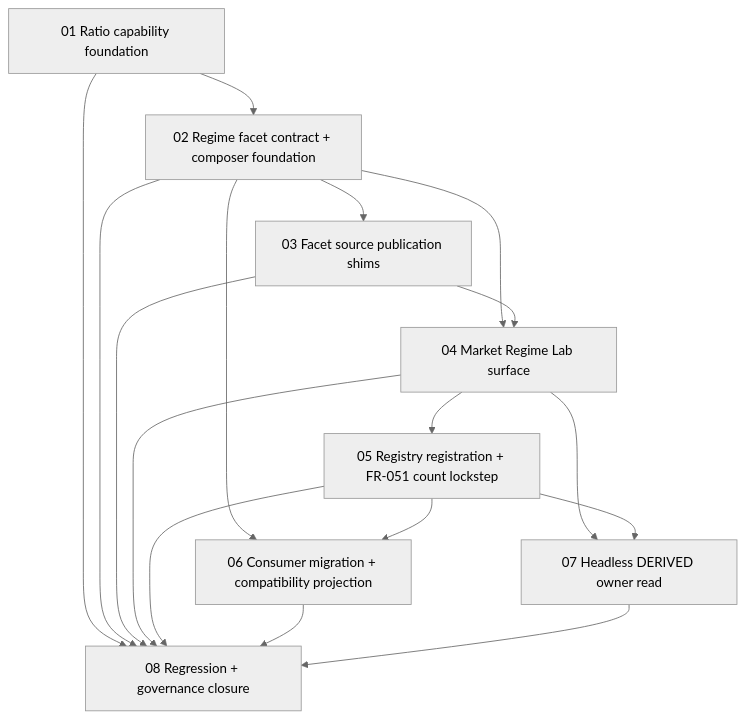
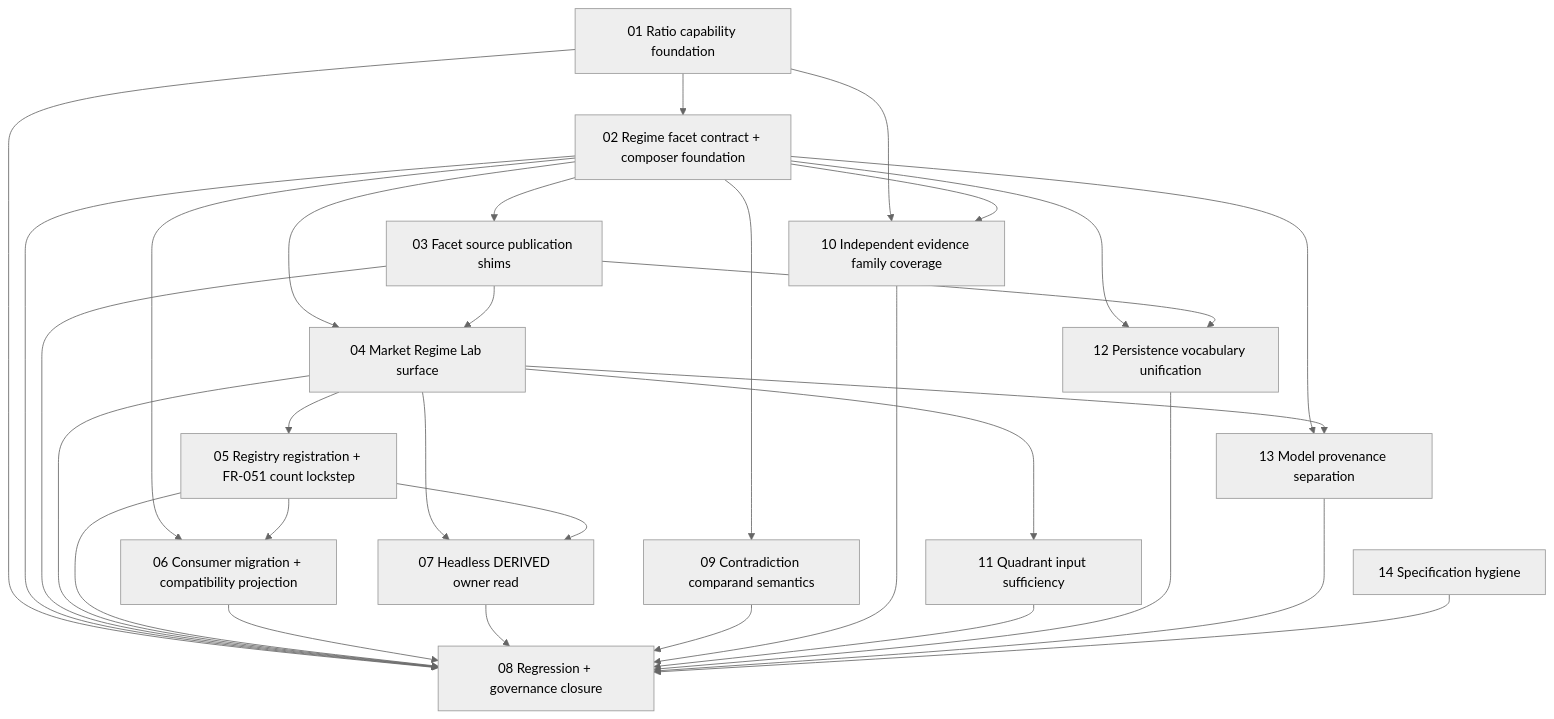
The diagram in specs/013-market-regime-stack-and-strategy-playbook/scopes/_index.md (pkirsanov/research-lab), drawn with Mermaid (neutral theme) before and after one commit. The commit also changed other lines of this file and 35 other files, not shown here.

````diff
--- a/specs/013-market-regime-stack-and-strategy-playbook/scopes/_index.md
+++ b/specs/013-market-regime-stack-and-strategy-playbook/scopes/_index.md
@@ -60,19 +72,34 @@
 ```mermaid
 flowchart TD
     S01[01 Ratio capability foundation] --> S02[02 Regime facet contract + composer foundation]
     S02 --> S03[03 Facet source publication shims]
     S02 --> S04[04 Market Regime Lab surface]
     S03 --> S04
     S04 --> S05[05 Registry registration + FR-051 count lockstep]
     S02 --> S06[06 Consumer migration + compatibility projection]
     S05 --> S06
     S04 --> S07[07 Headless DERIVED owner read]
     S05 --> S07
     S01 --> S08[08 Regression + governance closure]
     S02 --> S08
     S03 --> S08
     S04 --> S08
     S05 --> S08
     S06 --> S08
     S07 --> S08
+    S02 --> S09[09 Contradiction comparand semantics]
+    S01 --> S10[10 Independent evidence family coverage]
+    S02 --> S10
+    S04 --> S11[11 Quadrant input sufficiency]
+    S02 --> S12[12 Persistence vocabulary unification]
+    S03 --> S12
+    S02 --> S13[13 Model provenance separation]
+    S04 --> S13
+    S14[14 Specification hygiene]
+    S09 --> S08
+    S10 --> S08
+    S11 --> S08
+    S12 --> S08
+    S13 --> S08
+    S14 --> S08
 ```
````
